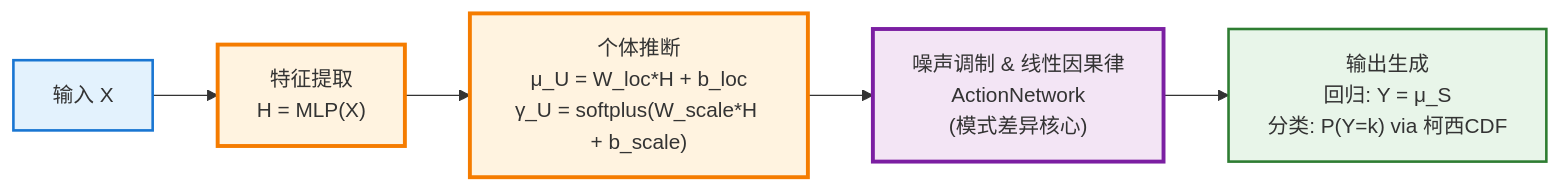
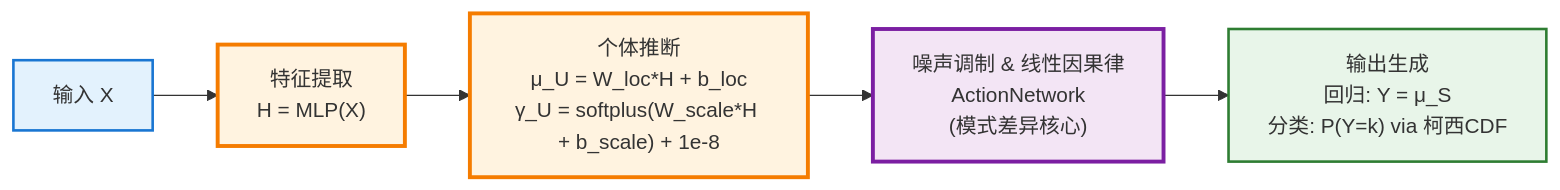
The first of 3 diagrams in docs/sklearn_causal_engine_design.md (1587causalai/CausalQwen), drawn with Mermaid before and after one commit. The commit also changed other lines of this file and 30 other files, not shown here.

````diff
--- a/docs/sklearn_causal_engine_design.md
+++ b/docs/sklearn_causal_engine_design.md
@@ -24,20 +24,20 @@
 ```mermaid
 flowchart LR
     Input["输入 X"]
     MLP["特征提取<br/>H = MLP(X)"]
-    Abduction["个体推断<br/>μ_U = W_loc*H + b_loc<br/>γ_U = softplus(W_scale*H + b_scale)"]
+    Abduction["个体推断<br/>μ_U = W_loc*H + b_loc<br/>γ_U = softplus(W_scale*H + b_scale) + 1e-8"]
     Action["噪声调制 & 线性因果律<br/>ActionNetwork<br/>(模式差异核心)"]
     Output["输出生成<br/>回归: Y = μ_S<br/>分类: P(Y=k) via 柯西CDF"]
 
     Input --> MLP --> Abduction --> Action --> Output
 
     classDef inputStyle fill:#e3f2fd,stroke:#1976d2,stroke-width:2px
     classDef coreStyle fill:#fff3e0,stroke:#f57c00,stroke-width:3px
     classDef actionStyle fill:#f3e5f5,stroke:#7b1fa2,stroke-width:3px
     classDef outputStyle fill:#e8f5e9,stroke:#2e7d32,stroke-width:2px
     
     class Input inputStyle
     class MLP,Abduction coreStyle
     class Action actionStyle
     class Output outputStyle
 ```
````
